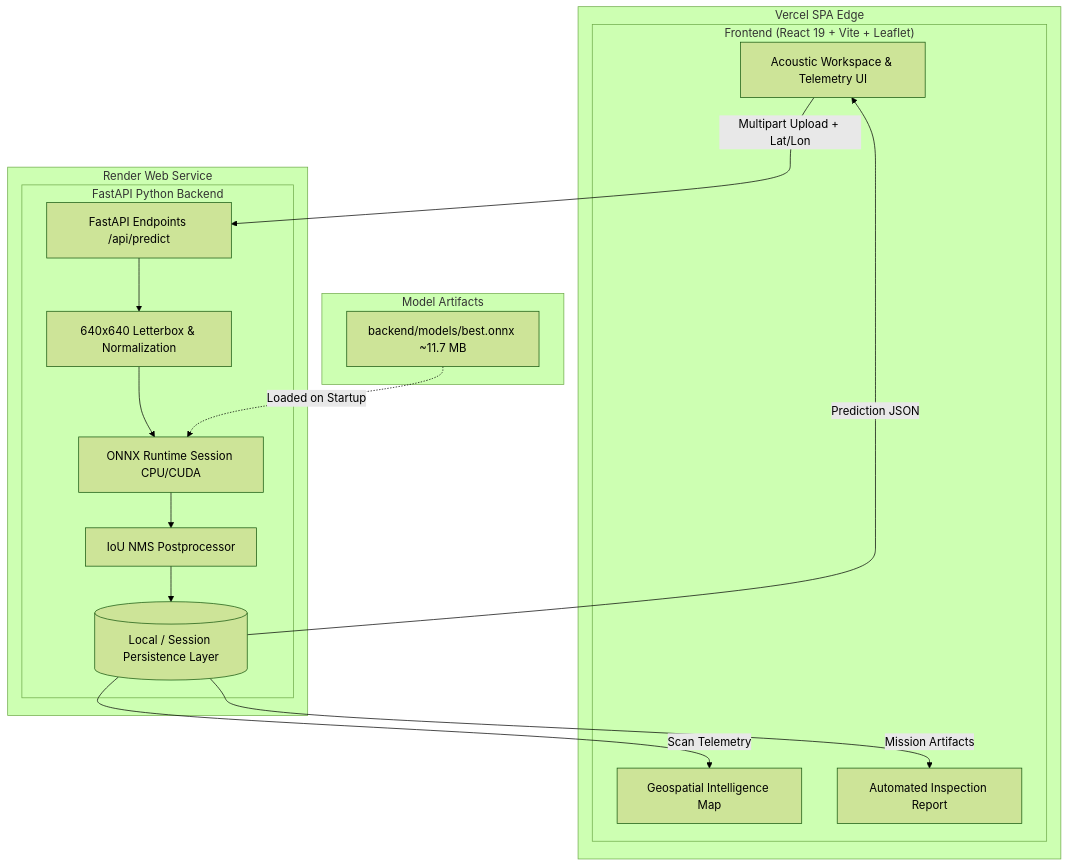
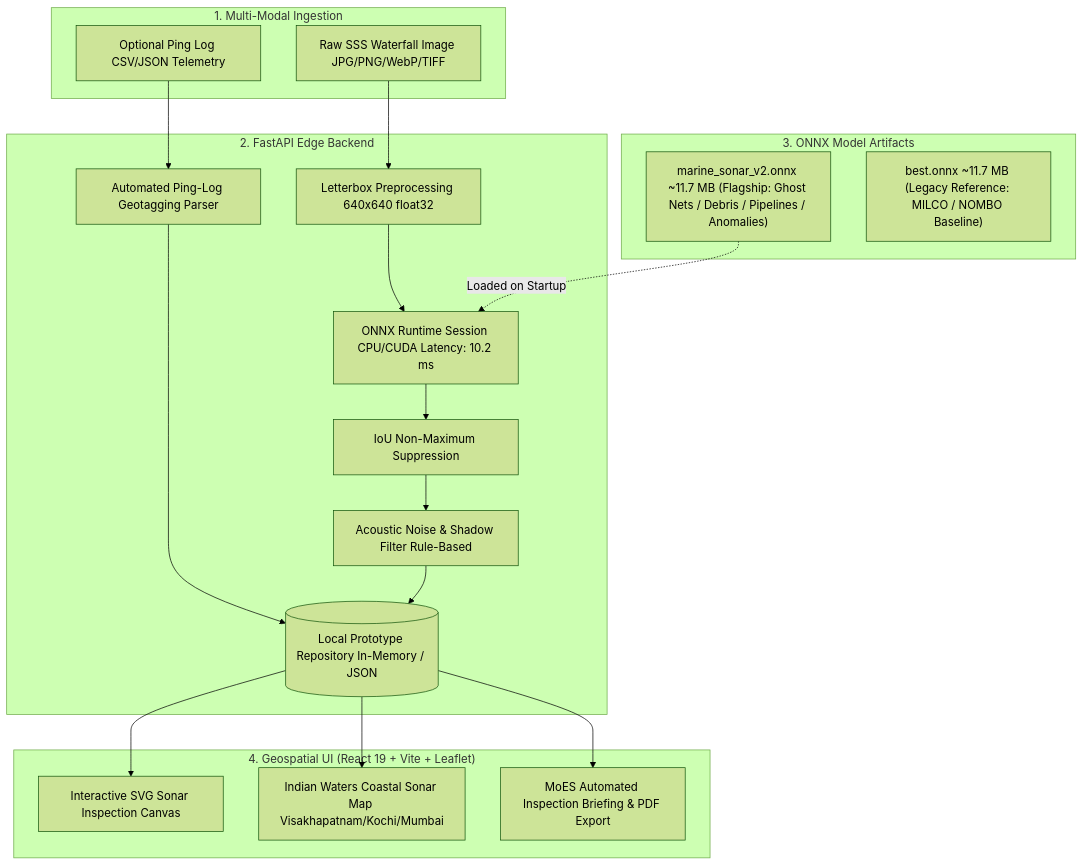
Before and after one commit to jayraj175coder/side_sonar_detection_ml: the diagram in README.md, drawn with Mermaid (forest theme). The commit also changed other lines of this file and 20 other files, not shown here.

Commit message:
feat(sih-moes): add acoustic noise filter, ping log parser, reframe around marine debris

````diff
--- a/README.md
+++ b/README.md
@@ -39,35 +42,35 @@
 ```mermaid
 flowchart TD
-    subgraph Client ["Frontend (React 19 + Vite + Leaflet)"]
-        UI[Acoustic Workspace & Telemetry UI]
-        Map[Geospatial Intelligence Map]
-        Report[Automated Inspection Report]
+    subgraph Ingestion ["1. Multi-Modal Ingestion"]
+        Image[Raw SSS Waterfall Image JPG/PNG/WebP/TIFF]
+        Log[Optional Ping Log CSV/JSON Telemetry]
     end
 
-    subgraph Hosting_Vercel ["Vercel SPA Edge"]
-        Client
+    subgraph Backend ["2. FastAPI Edge Backend"]
+        Parser[Automated Ping-Log Geotagging Parser]
+        Pre[Letterbox Preprocessing 640x640 float32]
+        ONNX[ONNX Runtime Session CPU/CUDA Latency: 10.2 ms]
+        NMS[IoU Non-Maximum Suppression]
+        NoiseFilter[Acoustic Noise & Shadow Filter Rule-Based]
+        Repo[(Local Prototype Repository In-Memory / JSON)]
     end
 
-    subgraph Backend ["FastAPI Python Backend"]
-        API[FastAPI Endpoints /api/predict]
-        Pre[640x640 Letterbox & Normalization]
-        ONNX[ONNX Runtime Session CPU/CUDA]
-        NMS[IoU NMS Postprocessor]
-        Repo[(Local / Session Persistence Layer)]
+    subgraph Flagship_Model ["3. ONNX Model Artifacts"]
+        V2Weights["marine_sonar_v2.onnx ~11.7 MB (Flagship: Ghost Nets / Debris / Pipelines / Anomalies)"]
+        BaseWeights["best.onnx ~11.7 MB (Legacy Reference: MILCO / NOMBO Baseline)"]
     end
 
-    subgraph Hosting_Render ["Render Web Service"]
-        Backend
+    subgraph Client ["4. Geospatial UI (React 19 + Vite + Leaflet)"]
+        Canvas[Interactive SVG Sonar Inspection Canvas]
+        Map[Indian Waters Coastal Sonar Map Visakhapatnam/Kochi/Mumbai]
+        Report[MoES Automated Inspection Briefing & PDF Export]
     end
 
-    subgraph Model_Weights ["Model Artifacts"]
-        Weights[backend/models/best.onnx ~11.7 MB]
-    end
-
-    UI -->|Multipart Upload + Lat/Lon| API
-    API --> Pre --> ONNX
-    Weights -.->|Loaded on Startup| ONNX
-    ONNX --> NMS --> Repo -->|Prediction JSON| UI
-    Repo -->|Scan Telemetry| Map
-    Repo -->|Mission Artifacts| Report
+    Image --> Pre --> ONNX
+    Log --> Parser --> Repo
+    V2Weights -.->|Loaded on Startup| ONNX
+    ONNX --> NMS --> NoiseFilter --> Repo
+    Repo --> Canvas
+    Repo --> Map
+    Repo --> Report
 ```
````
